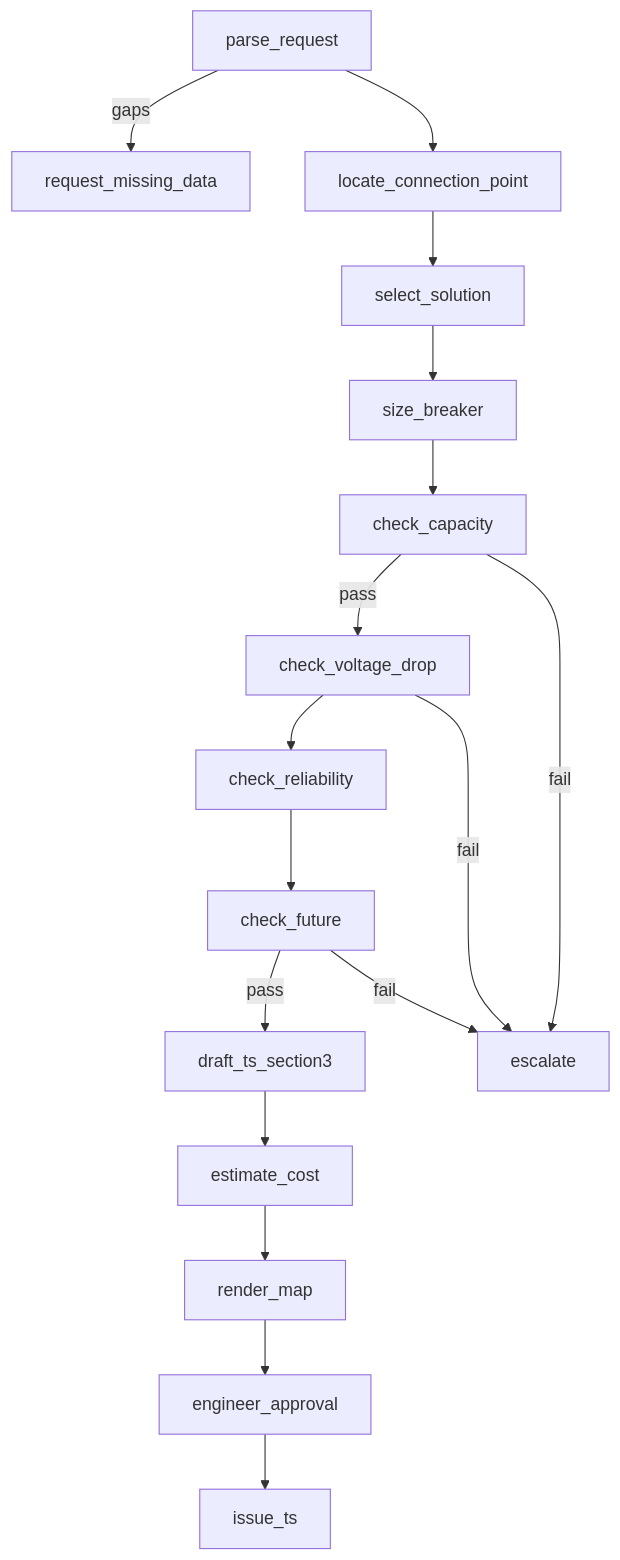
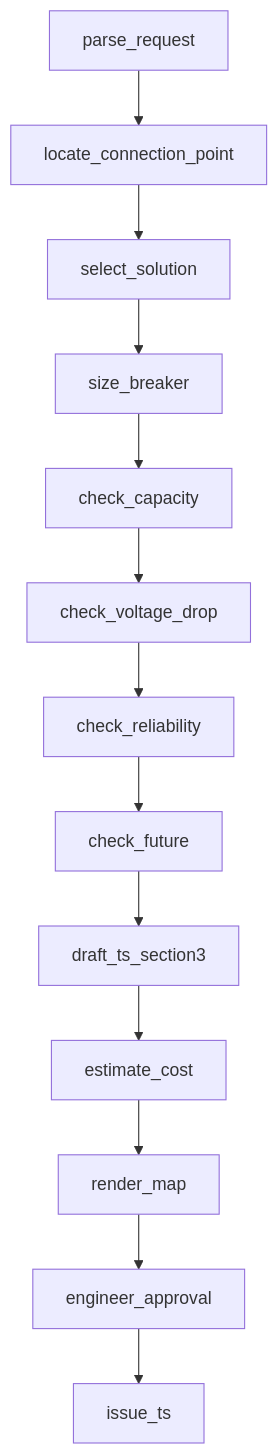
The second of 2 diagrams in docs/ARCHITECTURE.md (VentureJuozas/ESO-automation), drawn with Mermaid before and after one commit. The commit also changed other lines of this file and 43 other files, not shown here.

````diff
--- a/docs/ARCHITECTURE.md
+++ b/docs/ARCHITECTURE.md
@@ -21,11 +22,6 @@
 ```mermaid
 flowchart TD
-  parse_request -->|gaps| request_missing_data
   parse_request --> locate_connection_point --> select_solution --> size_breaker
-  size_breaker --> check_capacity
-  check_capacity -->|pass| check_voltage_drop --> check_reliability --> check_future
-  check_future -->|pass| draft_ts_section3 --> estimate_cost --> render_map --> engineer_approval --> issue_ts
-  check_capacity -->|fail| escalate
-  check_voltage_drop -->|fail| escalate
-  check_future -->|fail| escalate
+  size_breaker --> check_capacity --> check_voltage_drop --> check_reliability --> check_future
+  check_future --> draft_ts_section3 --> estimate_cost --> render_map --> engineer_approval --> issue_ts
 ```
````
